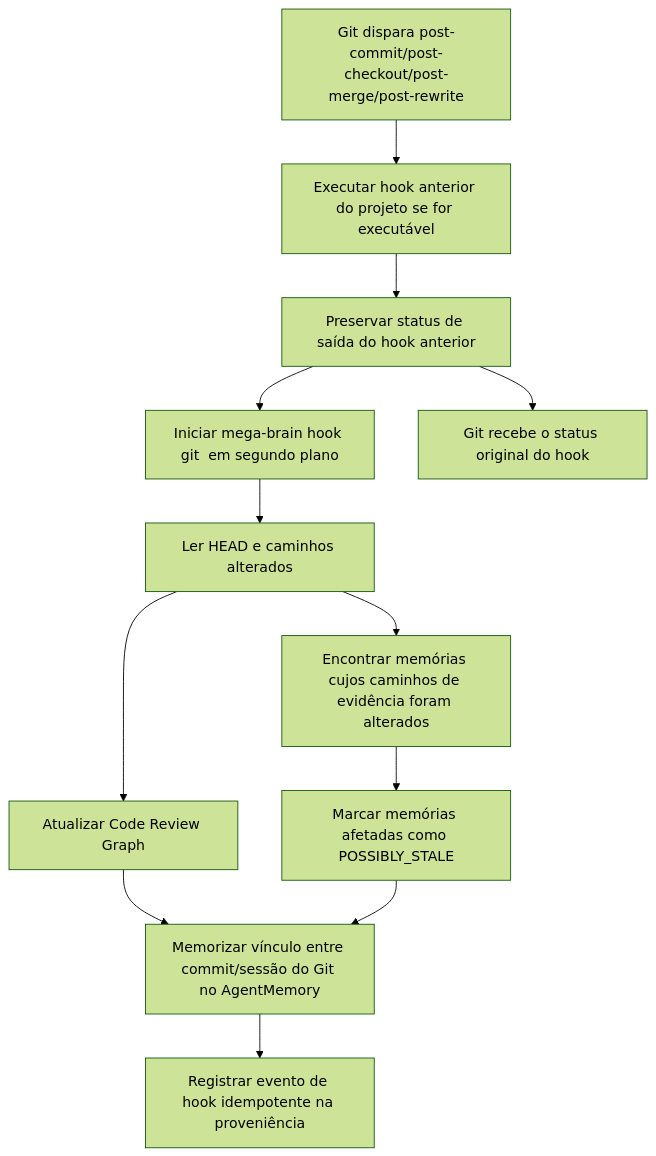
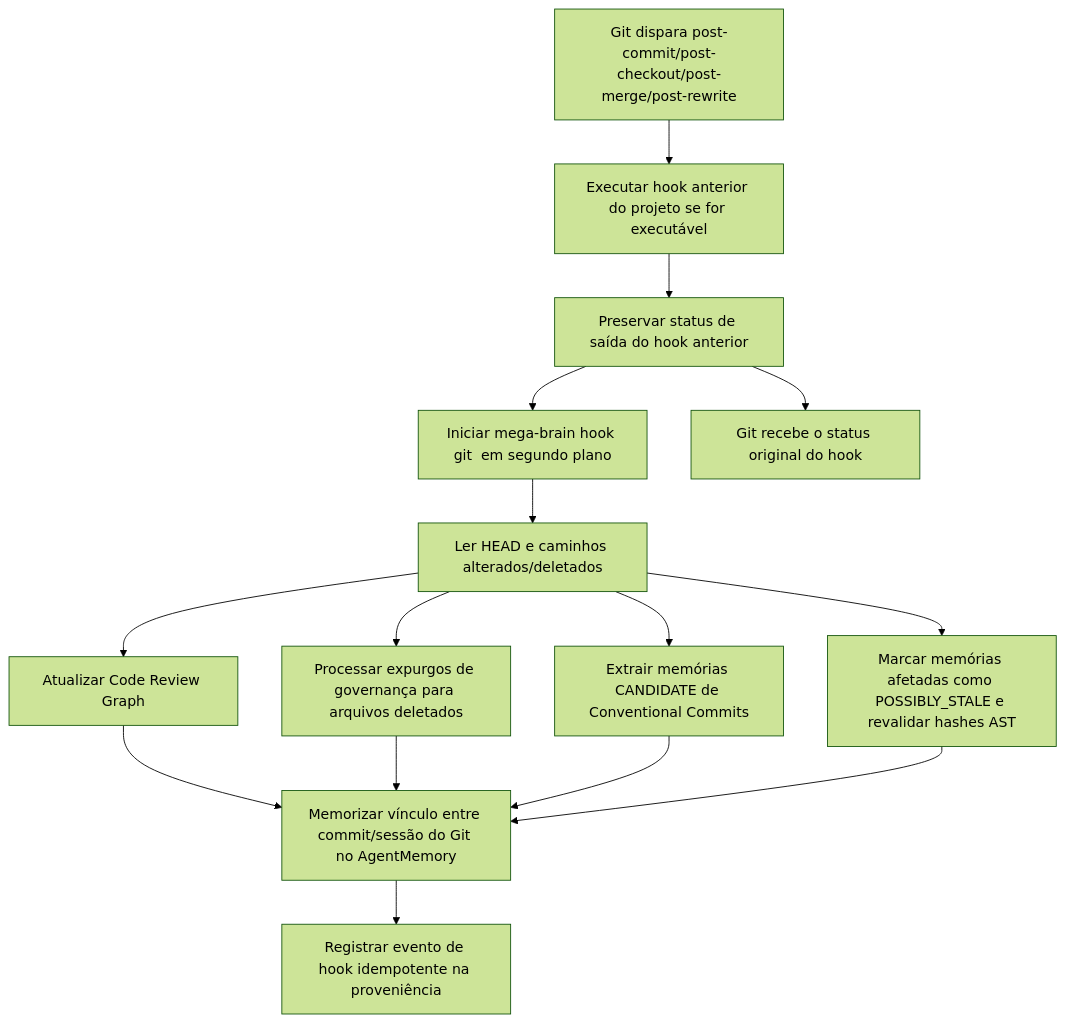
The ninth of 10 diagrams in README-ptbr.md (RaffaHr/mega-brain-mcp), drawn with Mermaid (forest theme) before and after one commit. The commit also changed other lines of this file and 1 other file, not shown here.

````diff
--- a/README-ptbr.md
+++ b/README-ptbr.md
@@ -780,27 +710,17 @@
 ```mermaid
-
 flowchart TD
-
 A["Git dispara post-commit/post-checkout/post-merge/post-rewrite"] --> B["Executar hook anterior do projeto se for executável"]
-
 B --> C["Preservar status de saída do hook anterior"]
-
 C --> D["Iniciar mega-brain hook git <event> em segundo plano"]
-
-D --> E["Ler HEAD e caminhos alterados"]
-
+D --> E["Ler HEAD e caminhos alterados/deletados"]
 E --> F["Atualizar Code Review Graph"]
-
-E --> G["Encontrar memórias cujos caminhos de evidência foram alterados"]
-
-G --> H["Marcar memórias afetadas como POSSIBLY_STALE"]
-
-F --> I["Memorizar vínculo entre commit/sessão do Git no AgentMemory"]
-
-H --> I
-
-I --> J["Registrar evento de hook idempotente na proveniência"]
-
-C --> K["Git recebe o status original do hook"]
-
+E --> G["Processar expurgos de governança para arquivos deletados"]
+E --> H["Extrair memórias CANDIDATE de Conventional Commits"]
+E --> I["Marcar memórias afetadas como POSSIBLY_STALE e revalidar hashes AST"]
+F --> J["Memorizar vínculo entre commit/sessão do Git no AgentMemory"]
+G --> J
+H --> J
+I --> J
+J --> K["Registrar evento de hook idempotente na proveniência"]
+C --> L["Git recebe o status original do hook"]
 ```
````
